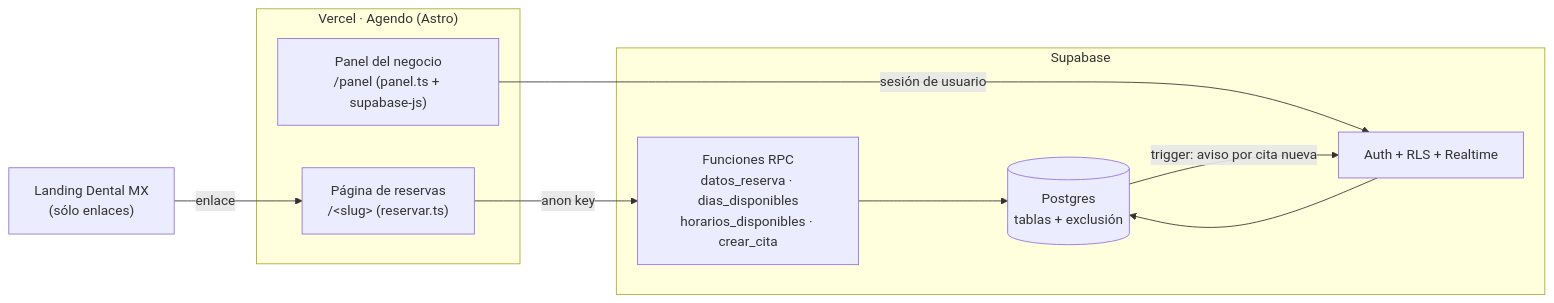
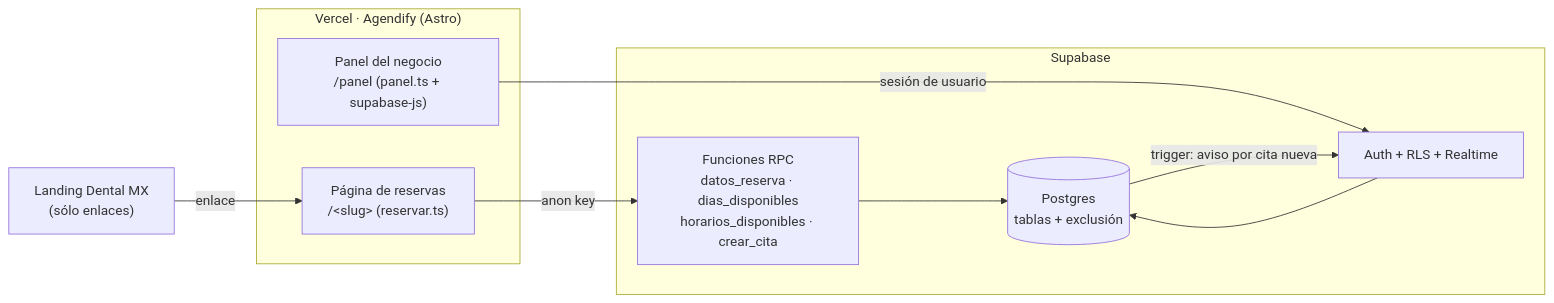
One commit to jorgeramgar1815/index.html- changed the diagram in PRD-reservas.md. Above: the diagram before and after it, drawn with Mermaid. The commit also changed other lines of this file and 21 other files, not shown here.

````diff
--- a/PRD-reservas.md
+++ b/PRD-reservas.md
@@ -56,19 +56,19 @@
 ```mermaid
 flowchart LR
   L["Landing Dental MX<br/>(sólo enlaces)"]
-  subgraph Vercel["Vercel · Agendo (Astro)"]
+  subgraph Vercel["Vercel · Agendify (Astro)"]
     W["Página de reservas<br/>/&lt;slug&gt; (reservar.ts)"]
     P["Panel del negocio<br/>/panel (panel.ts + supabase-js)"]
   end
   subgraph Supabase
     R["Funciones RPC<br/>datos_reserva · dias_disponibles<br/>horarios_disponibles · crear_cita"]
     A["Auth + RLS + Realtime"]
     DB[("Postgres<br/>tablas + exclusión")]
   end
   L -- enlace --> W
   W -- anon key --> R
   P -- sesión de usuario --> A
   R --> DB
   A --> DB
   DB -- trigger: aviso por cita nueva --> A
 ```
````
